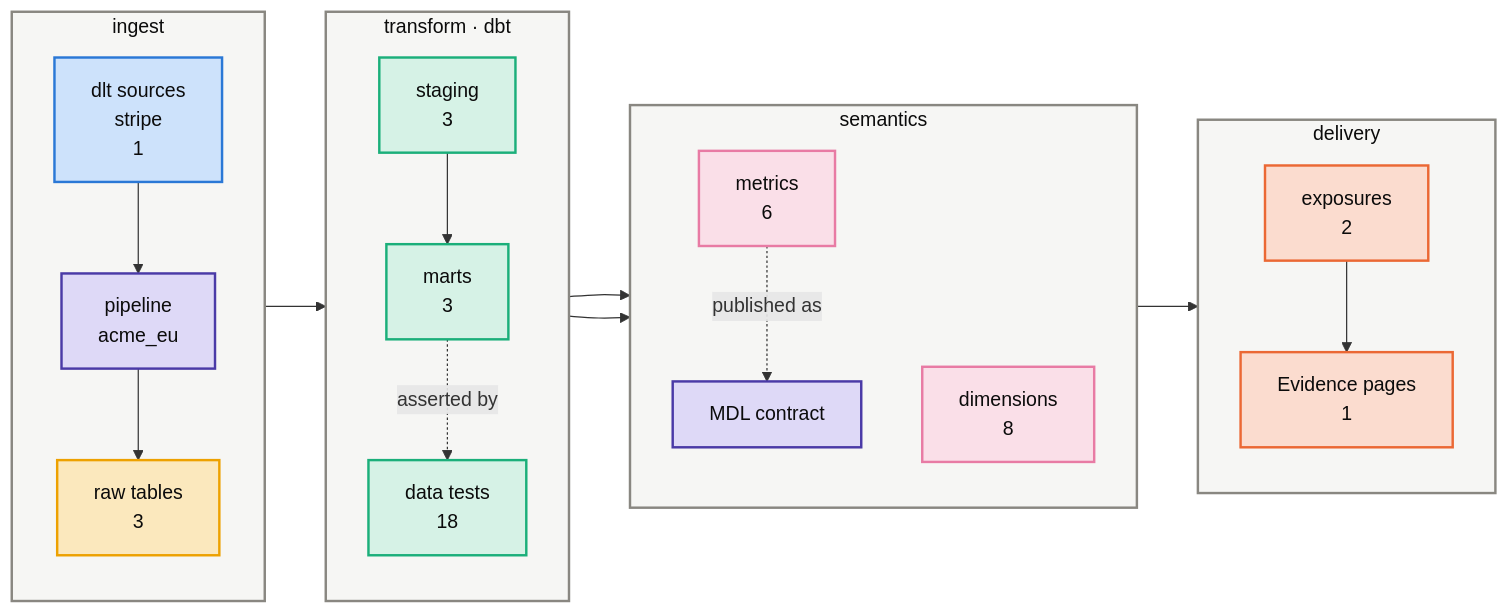
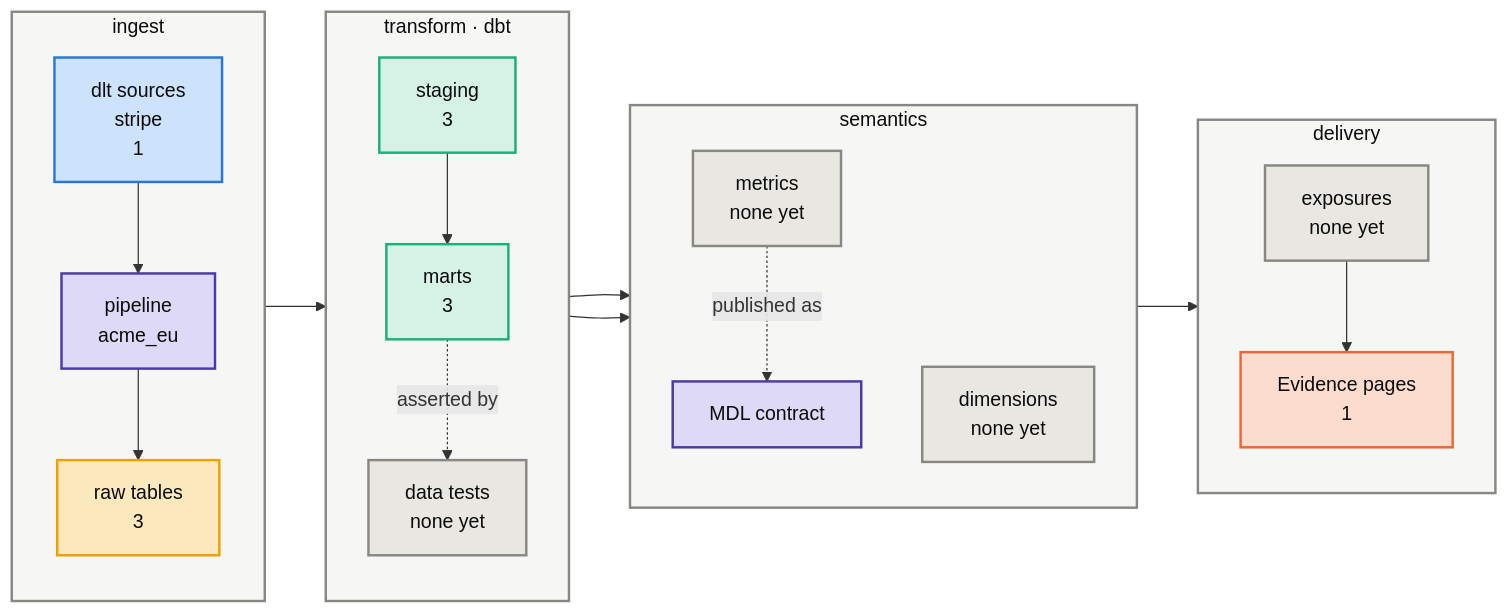
The first of 3 diagrams in groups/acme/projects/acme-eu/kg/architecture.md (Atomz-org/data-platform), drawn with Mermaid before and after one commit. The commit also changed other lines of this file and 17 other files, not shown here.

First line of the commit message:
Rebuild the graphs and maps CI checks, for what this PR touches

````diff
--- a/groups/acme/projects/acme-eu/kg/architecture.md
+++ b/groups/acme/projects/acme-eu/kg/architecture.md
@@ -10,41 +10,41 @@
 ```mermaid
 flowchart LR
     subgraph LI["ingest"]
         direction TB
         I1["dlt sources<br/>stripe<br/>1"]:::ingress
         I2["pipeline<br/>acme_eu"]:::platform
         I3["raw tables<br/>3"]:::raw
     end
     subgraph LT["transform · dbt"]
         direction TB
         T1["staging<br/>3"]:::model
         T2["marts<br/>3"]:::model
-        T3["data tests<br/>18"]:::model
+        T3["data tests<br/>none yet"]:::neutral
     end
     subgraph LS["semantics"]
         direction TB
-        S1["metrics<br/>6"]:::metric
-        S2["dimensions<br/>8"]:::metric
+        S1["metrics<br/>none yet"]:::neutral
+        S2["dimensions<br/>none yet"]:::neutral
         S3["MDL contract"]:::platform
     end
     subgraph LD["delivery"]
         direction TB
-        D1["exposures<br/>2"]:::exposure
+        D1["exposures<br/>none yet"]:::neutral
         D2["Evidence pages<br/>1"]:::exposure
     end
     I1 --> I2 --> I3 --> T1 --> T2
     T2 --> S1 --> D1 --> D2
     T2 --> S2
     S1 -.published as.-> S3
     T2 -.asserted by.-> T3
     classDef ingress fill:#cde2fb,stroke:#2a78d6,stroke-width:2px,color:#0b0b0b
     classDef platform fill:#ded9f7,stroke:#4a3aa7,stroke-width:2px,color:#0b0b0b
     classDef raw fill:#fbe8bd,stroke:#eda100,stroke-width:2px,color:#0b0b0b
     classDef model fill:#d6f2e6,stroke:#1baf7a,stroke-width:2px,color:#0b0b0b
     classDef metric fill:#fadfe8,stroke:#e87ba4,stroke-width:2px,color:#0b0b0b
     classDef exposure fill:#fbdccf,stroke:#eb6834,stroke-width:2px,color:#0b0b0b
     classDef neutral fill:#e8e7e2,stroke:#898781,stroke-width:2px,color:#0b0b0b
     classDef project fill:#e3eefc,stroke:#2a78d6,stroke-width:2px,color:#0b0b0b
     classDef lane fill:#f6f6f4,stroke:#898781,stroke-width:2px,color:#0b0b0b
     class LI,LT,LS,LD lane
 ```
````
